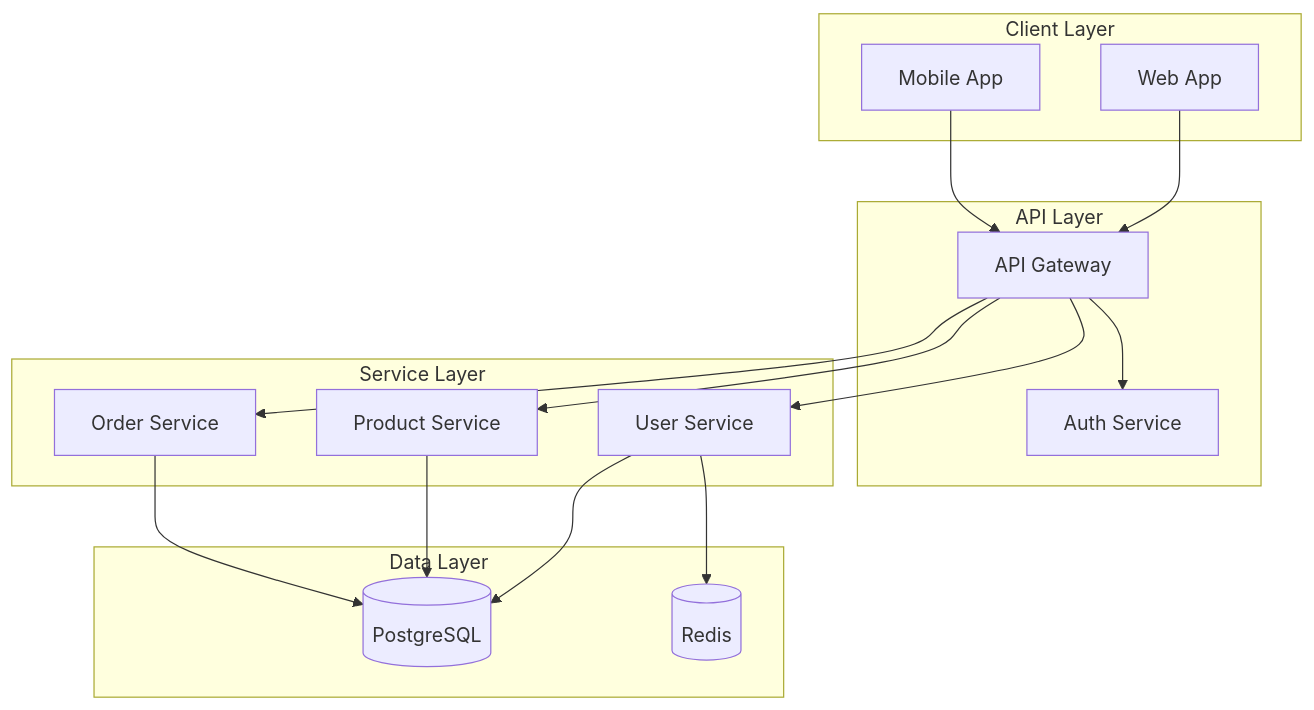
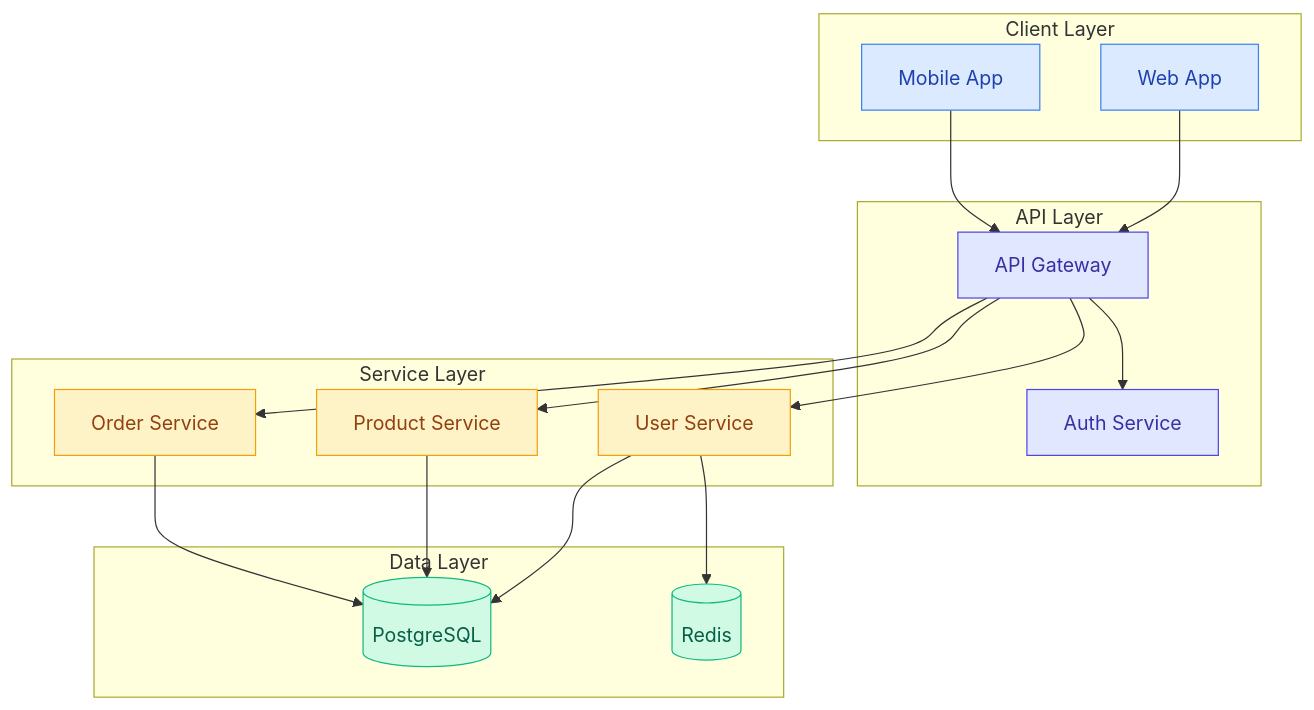
One commit to smileynet/ui-optimizer changed the fifth of 9 diagrams in docs/reference/diagram-comparison.md. Above: the diagram before and after it, drawn with Mermaid. The commit also changed 1 other file, not shown here.

Commit message:
fix: improve Mermaid text contrast with inline class syntax
- Product-design: use inline :::class syntax instead of 'class' statement
  (fixes white-on-light text for Design Thinking, User Stories, Kano Model)
- Diagram-comparison: add classDef styles to Architecture Mermaid diagram
  (was missing styles entirely, now has proper semantic colors)

The 'class' statement at end of Mermaid diagrams doesn't reliably apply
the color property. Using inline :::class syntax on each node works.

````diff
--- a/docs/reference/diagram-comparison.md
+++ b/docs/reference/diagram-comparison.md
@@ -148,34 +148,39 @@
 ```mermaid
 flowchart TB
+    classDef client fill:#DBEAFE,stroke:#3B82F6,color:#1E40AF
+    classDef api fill:#E0E7FF,stroke:#4F46E5,color:#3730A3
+    classDef service fill:#FEF3C7,stroke:#F59E0B,color:#92400E
+    classDef data fill:#D1FAE5,stroke:#10B981,color:#065F46
+    
     subgraph Client["Client Layer"]
-        Web[Web App]
-        Mobile[Mobile App]
+        Web[Web App]:::client
+        Mobile[Mobile App]:::client
     end
     
     subgraph API["API Layer"]
-        Gateway[API Gateway]
-        Auth[Auth Service]
+        Gateway[API Gateway]:::api
+        Auth[Auth Service]:::api
     end
     
     subgraph Services["Service Layer"]
-        Users[User Service]
-        Products[Product Service]
-        Orders[Order Service]
+        Users[User Service]:::service
+        Products[Product Service]:::service
+        Orders[Order Service]:::service
     end
     
     subgraph Data["Data Layer"]
-        DB[(PostgreSQL)]
-        Cache[(Redis)]
+        DB[(PostgreSQL)]:::data
+        Cache[(Redis)]:::data
     end
     
     Web --> Gateway
     Mobile --> Gateway
     Gateway --> Auth
     Gateway --> Users
     Gateway --> Products
     Gateway --> Orders
     Users --> DB
     Products --> DB
     Orders --> DB
     Users --> Cache
 ```
````
